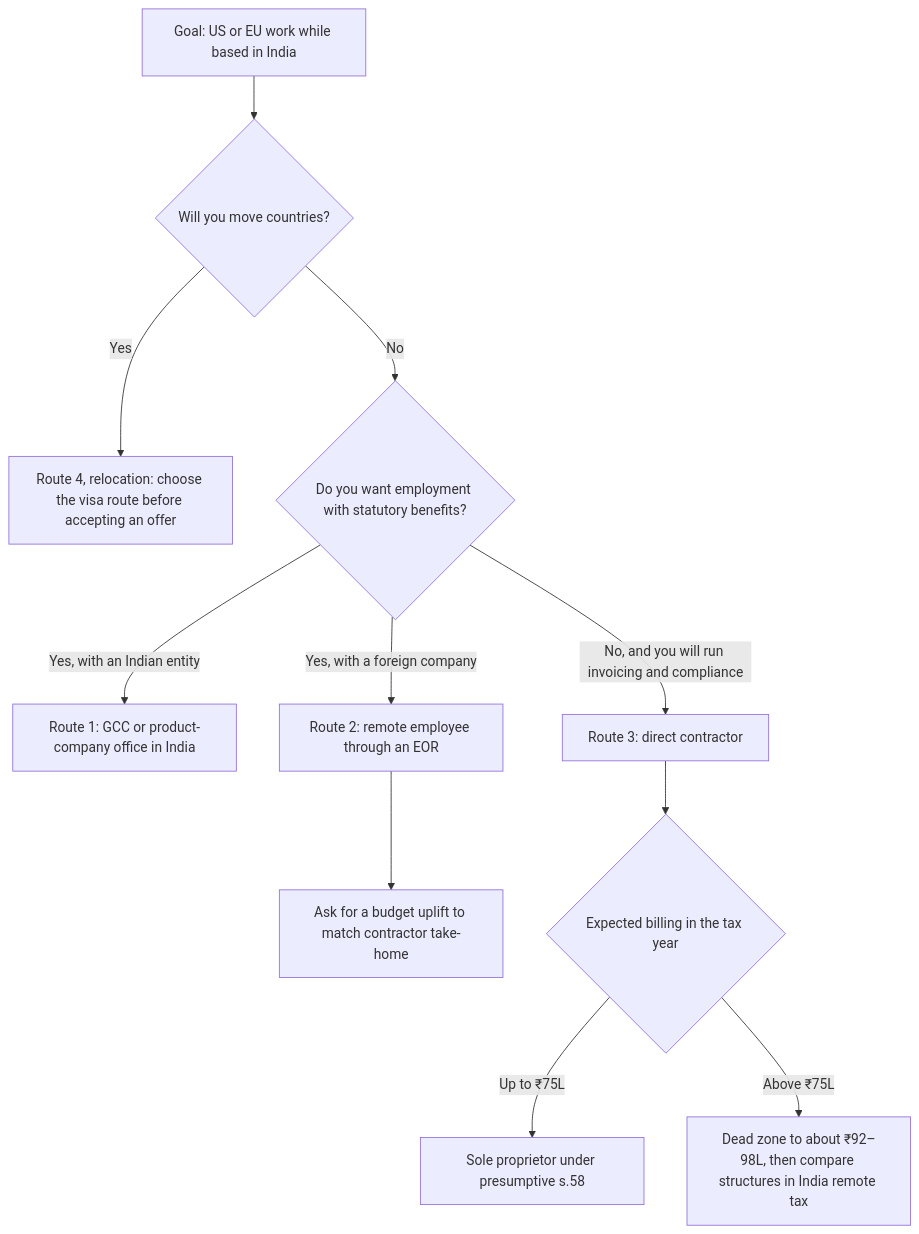
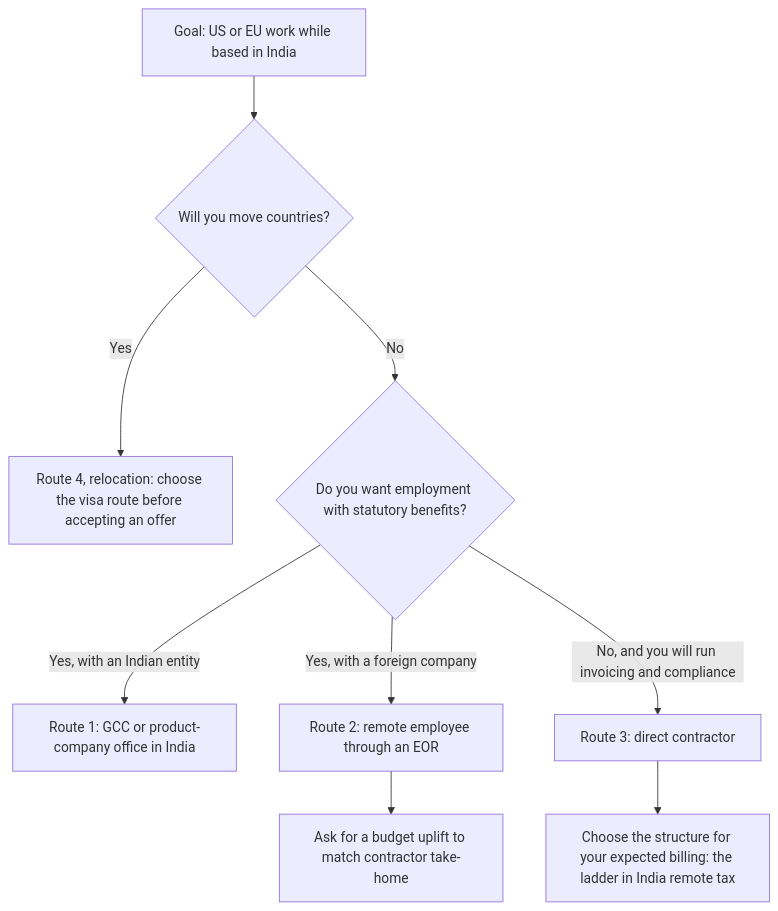
The diagram in career/11-tracks/india-remote-playbook.md (bhaskarjha-dev/genai-career), drawn with Mermaid before and after one commit. The commit also changed other lines of this file and 12 other files, not shown here.

````diff
--- a/career/11-tracks/india-remote-playbook.md
+++ b/career/11-tracks/india-remote-playbook.md
@@ -43,13 +45,11 @@
 ```mermaid
 flowchart TD
     A["Goal: US or EU work while based in India"] --> B{"Will you move countries?"}
     B -->|"Yes"| R["Route 4, relocation: choose the visa route before accepting an offer"]
     B -->|"No"| C{"Do you want employment with statutory benefits?"}
     C -->|"Yes, with an Indian entity"| G["Route 1: GCC or product-company office in India"]
     C -->|"Yes, with a foreign company"| E["Route 2: remote employee through an EOR"]
     C -->|"No, and you will run invoicing and compliance"| K["Route 3: direct contractor"]
     E --> U["Ask for a budget uplift to match contractor take-home"]
-    K --> T{"Expected billing in the tax year"}
-    T -->|"Up to ₹75L"| P["Sole proprietor under presumptive s.58"]
-    T -->|"Above ₹75L"| D["Dead zone to about ₹92–98L, then compare structures in India remote tax"]
+    K --> T["Choose the structure for your expected billing: the ladder in India remote tax"]
 ```
````
